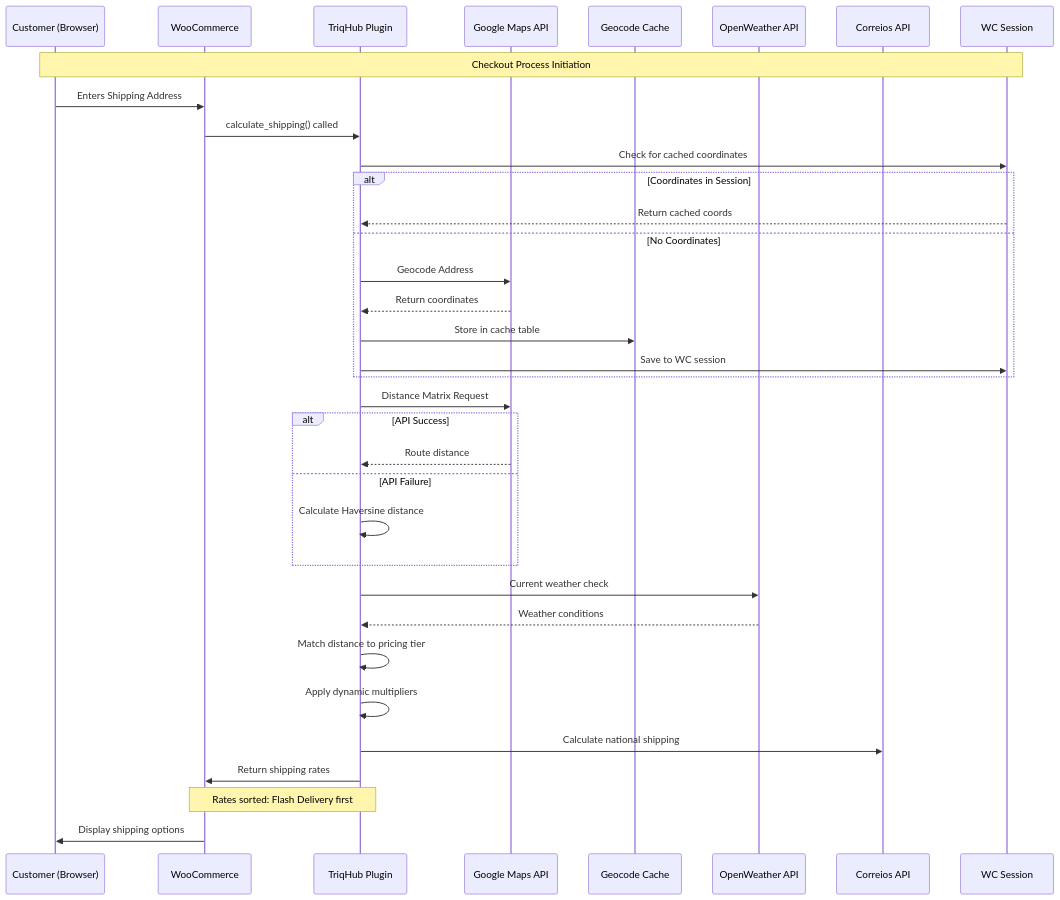
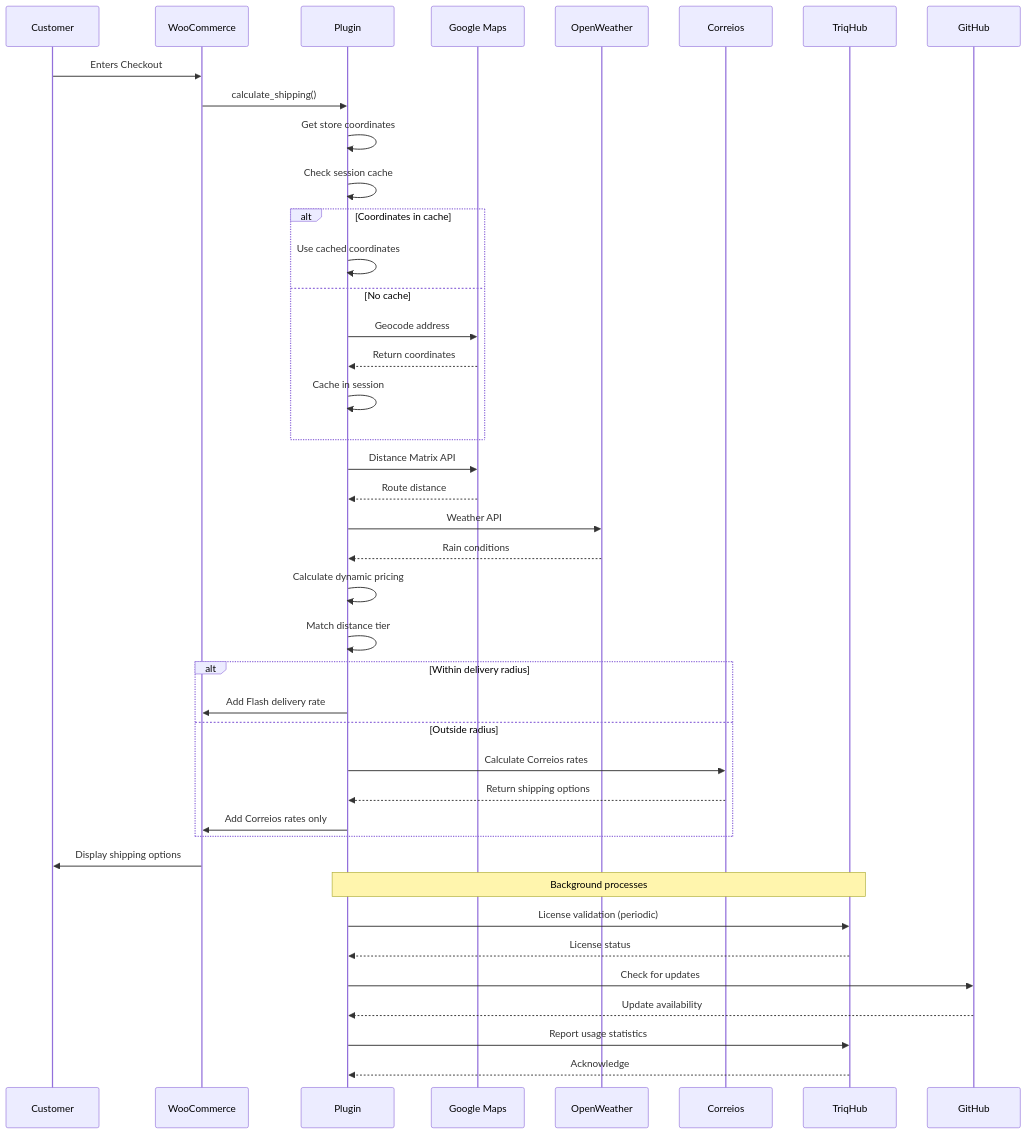
One commit to gustavofullstack/Woo_envios changed the fourth of 4 diagrams in docs/CONNECTIVITY.md. Above: the diagram before and after it, drawn with Mermaid. The commit also changed other lines of this file and 5 other files, not shown here.

````diff
--- a/docs/CONNECTIVITY.md
+++ b/docs/CONNECTIVITY.md
@@ -247,45 +401,54 @@
 ```mermaid
 sequenceDiagram
-    participant Customer as Customer (Browser)
+    participant C as Customer
     participant WC as WooCommerce
-    participant Plugin as TriqHub Plugin
-    participant GMaps as Google Maps API
-    participant Cache as Geocode Cache
-    participant Weather as OpenWeather API
-    participant Correios as Correios API
-    participant Session as WC Session
+    participant P as Plugin
+    participant GM as Google Maps
+    participant OW as OpenWeather
+    participant CF as Correios
+    participant TH as TriqHub
+    participant GH as GitHub
+
+    C->>WC: Enters Checkout
+    WC->>P: calculate_shipping()
     
-    Note over Customer,Session: Checkout Process Initiation
+    P->>P: Get store coordinates
+    P->>P: Check session cache
     
-    Customer->>WC: Enters Shipping Address
-    WC->>Plugin: calculate_shipping() called
-    
-    Plugin->>Session: Check for cached coordinates
-    alt Coordinates in Session
-        Session-->>Plugin: Return cached coords
-    else No Coordinates
-        Plugin->>GMaps: Geocode Address
-        GMaps-->>Plugin: Return coordinates
-        Plugin->>Cache: Store in cache table
-        Plugin->>Session: Save to WC session
+    alt Coordinates in cache
+        P->>P: Use cached coordinates
+    else No cache
+        P->>GM: Geocode address
+        GM-->>P: Return coordinates
+        P->>P: Cache in session
     end
     
-    Plugin->>GMaps: Distance Matrix Request
-    alt API Success
-        GMaps-->>Plugin: Route distance
-    else API Failure
-        Plugin->>Plugin: Calculate Haversine distance
+    P->>GM: Distance Matrix API
+    GM-->>P: Route distance
+    
+    P->>OW: Weather API
+    OW-->>P: Rain conditions
+    
+    P->>P: Calculate dynamic pricing
+    P->>P: Match distance tier
+    
+    alt Within delivery radius
+        P->>WC: Add Flash delivery rate
+    else Outside radius
+        P->>CF: Calculate Correios rates
+        CF-->>P: Return shipping options
+        P->>WC: Add Correios rates only
     end
     
-    Plugin->>Weather: Current weather check
-    Weather-->>Plugin: Weather conditions
+    WC->>C: Display shipping options
     
-    Plugin->>Plugin: Match distance to pricing tier
-    Plugin->>Plugin: Apply dynamic multipliers
-    Plugin->>Correios: Calculate national shipping
+    Note over P,TH: Background processes
+    P->>TH: License validation (periodic)
+    TH-->>P: License status
     
-    Plugin->>WC: Return shipping rates
-    Note over Plugin,WC: Rates sorted: Flash Delivery first
+    P->>GH: Check for updates
+    GH-->>P: Update availability
     
-    WC->>Customer: Display shipping options
+    P->>TH: Report usage statistics
+    TH-->>P: Acknowledge
 ```
````
